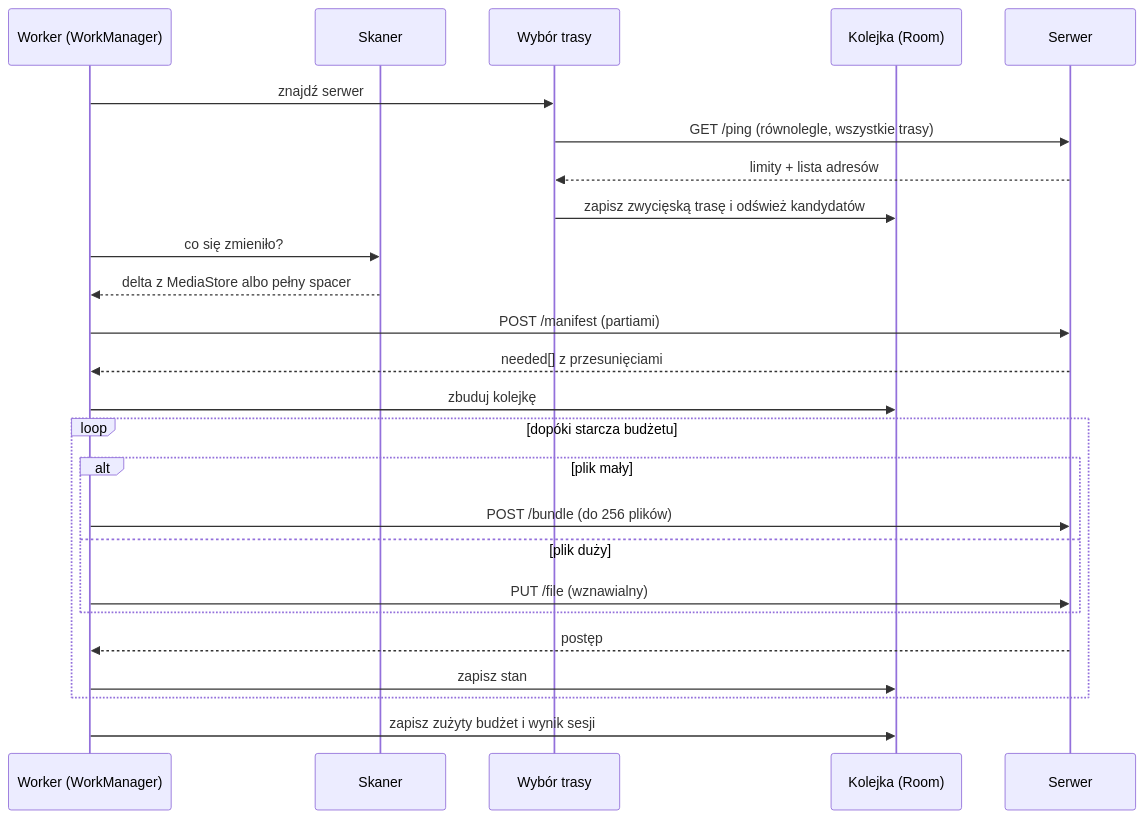
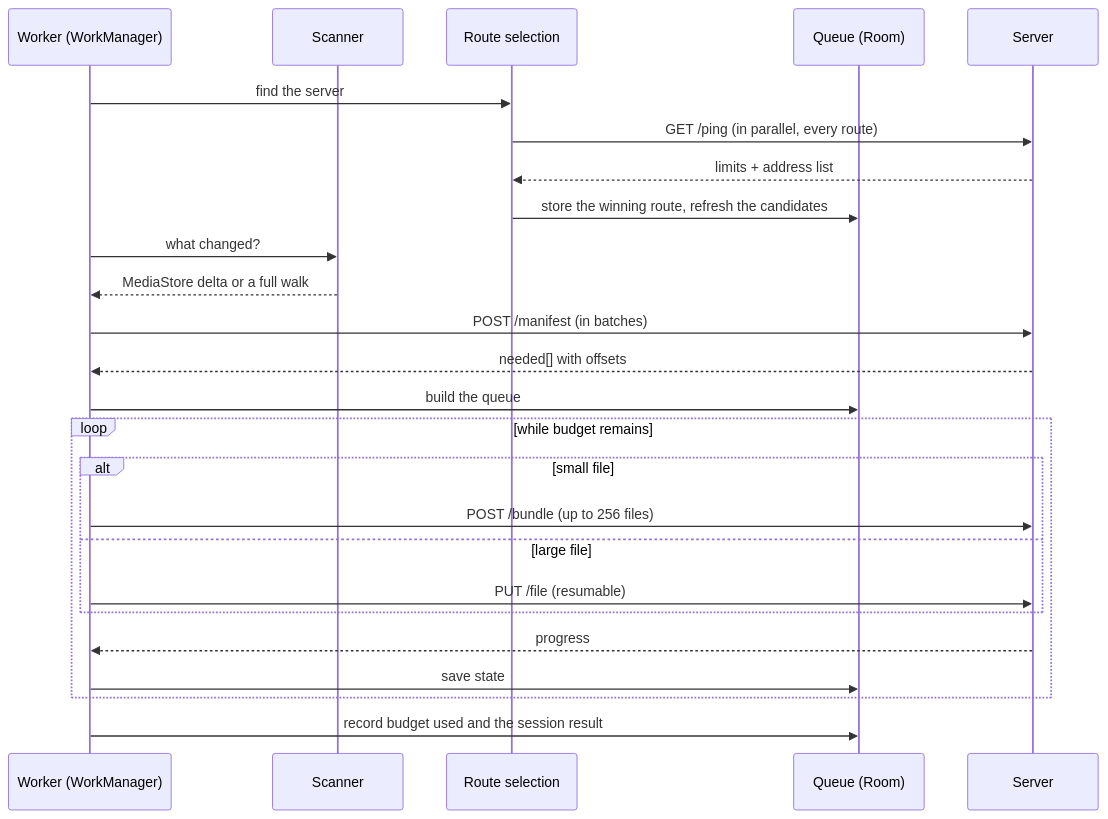
The diagram in docs/ARCHITECTURE.md (Gusiu/Filum), drawn with Mermaid before and after one commit. The commit also changed other lines of this file and 7 other files, not shown here.

````diff
--- a/docs/ARCHITECTURE.md
+++ b/docs/ARCHITECTURE.md
@@ -200,32 +195,32 @@
 ```mermaid
 sequenceDiagram
     participant W as Worker (WorkManager)
-    participant S as Skaner
-    participant N as Wybór trasy
-    participant Q as Kolejka (Room)
-    participant Srv as Serwer
+    participant S as Scanner
+    participant N as Route selection
+    participant Q as Queue (Room)
+    participant Srv as Server
 
-    W->>N: znajdź serwer
-    N->>Srv: GET /ping (równolegle, wszystkie trasy)
-    Srv-->>N: limity + lista adresów
-    N->>Q: zapisz zwycięską trasę i odśwież kandydatów
+    W->>N: find the server
+    N->>Srv: GET /ping (in parallel, every route)
+    Srv-->>N: limits + address list
+    N->>Q: store the winning route, refresh the candidates
 
-    W->>S: co się zmieniło?
-    S-->>W: delta z MediaStore albo pełny spacer
+    W->>S: what changed?
+    S-->>W: MediaStore delta or a full walk
 
-    W->>Srv: POST /manifest (partiami)
-    Srv-->>W: needed[] z przesunięciami
-    W->>Q: zbuduj kolejkę
+    W->>Srv: POST /manifest (in batches)
+    Srv-->>W: needed[] with offsets
+    W->>Q: build the queue
 
-    loop dopóki starcza budżetu
-        alt plik mały
-            W->>Srv: POST /bundle (do 256 plików)
-        else plik duży
-            W->>Srv: PUT /file (wznawialny)
+    loop while budget remains
+        alt small file
+            W->>Srv: POST /bundle (up to 256 files)
+        else large file
+            W->>Srv: PUT /file (resumable)
         end
-        Srv-->>W: postęp
-        W->>Q: zapisz stan
+        Srv-->>W: progress
+        W->>Q: save state
     end
 
-    W->>Q: zapisz zużyty budżet i wynik sesji
+    W->>Q: record budget used and the session result
 ```
````
